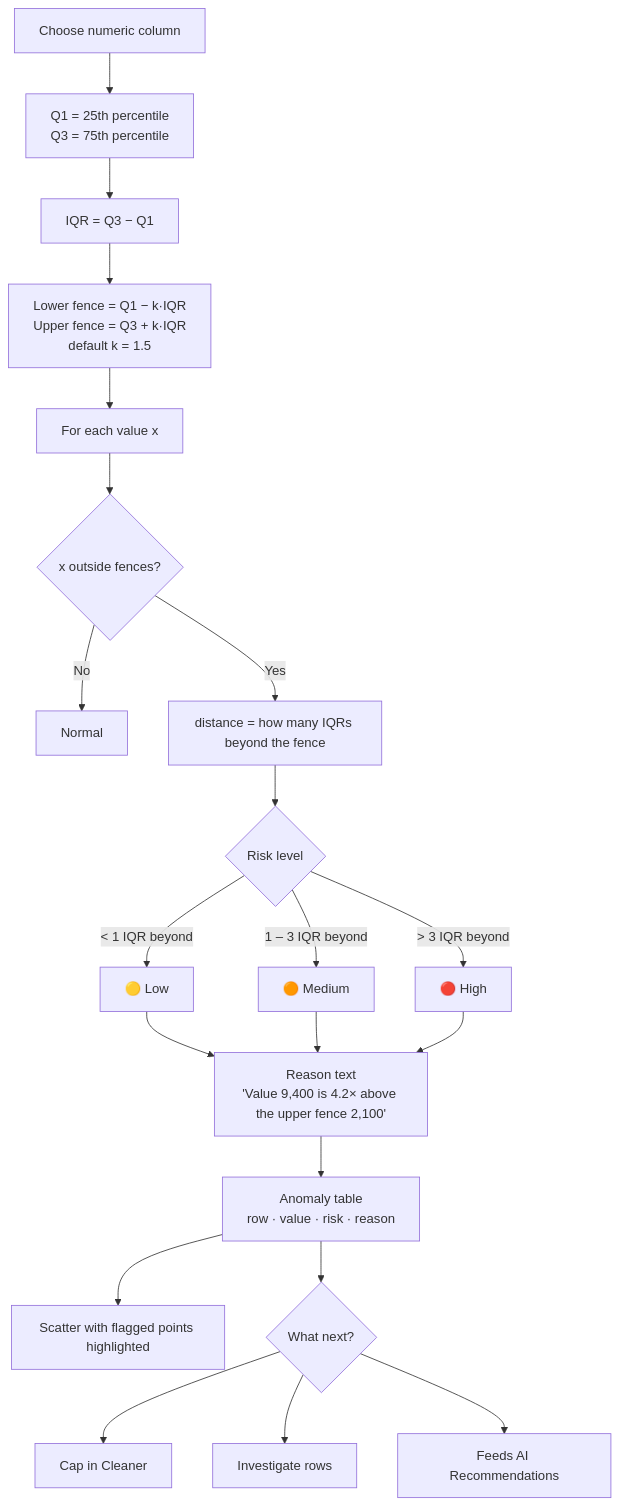
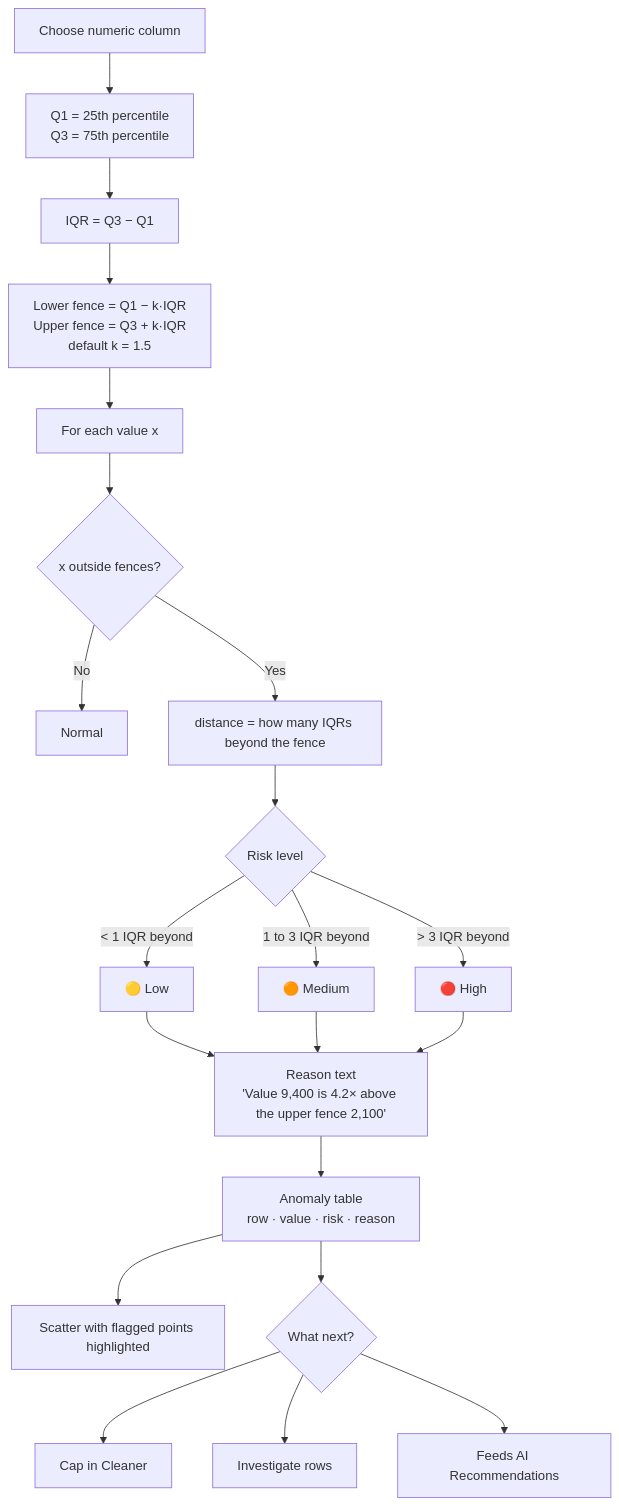
One commit to Mansi232323/VERIDEXA changed diagram 27 of 49 in README.md. Above: the diagram before and after it, drawn with Mermaid. The commit also changed other lines of this file, not shown here.

````diff
--- a/README.md
+++ b/README.md
@@ -876,23 +876,23 @@
 ```mermaid
 flowchart TD
     C["Choose numeric column"] --> Q["Q1 = 25th percentile<br/>Q3 = 75th percentile"]
     Q --> IQR["IQR = Q3 − Q1"]
     IQR --> FENCE["Lower fence = Q1 − k·IQR<br/>Upper fence = Q3 + k·IQR<br/>default k = 1.5"]
     FENCE --> EACH["For each value x"]
     EACH --> T{"x outside fences?"}
     T -- No --> OKV["Normal"]
     T -- Yes --> DIST["distance = how many IQRs beyond the fence"]
     DIST --> RISK{"Risk level"}
     RISK -- "< 1 IQR beyond" --> LOW["🟡 Low"]
-    RISK -- "1 – 3 IQR beyond" --> MED["🟠 Medium"]
+    RISK -- "1 to 3 IQR beyond" --> MED["🟠 Medium"]
     RISK -- "> 3 IQR beyond" --> HIGH["🔴 High"]
     LOW --> WHY
     MED --> WHY
     HIGH --> WHY["Reason text<br/>'Value 9,400 is 4.2× above the upper fence 2,100'"]
     WHY --> TBL["Anomaly table<br/>row · value · risk · reason"]
     TBL --> PLOT["Scatter with flagged points highlighted"]
     TBL --> ACTION{"What next?"}
     ACTION --> CAP["Cap in Cleaner"]
     ACTION --> INV["Investigate rows"]
     ACTION --> REC["Feeds AI Recommendations"]
 ```
````
